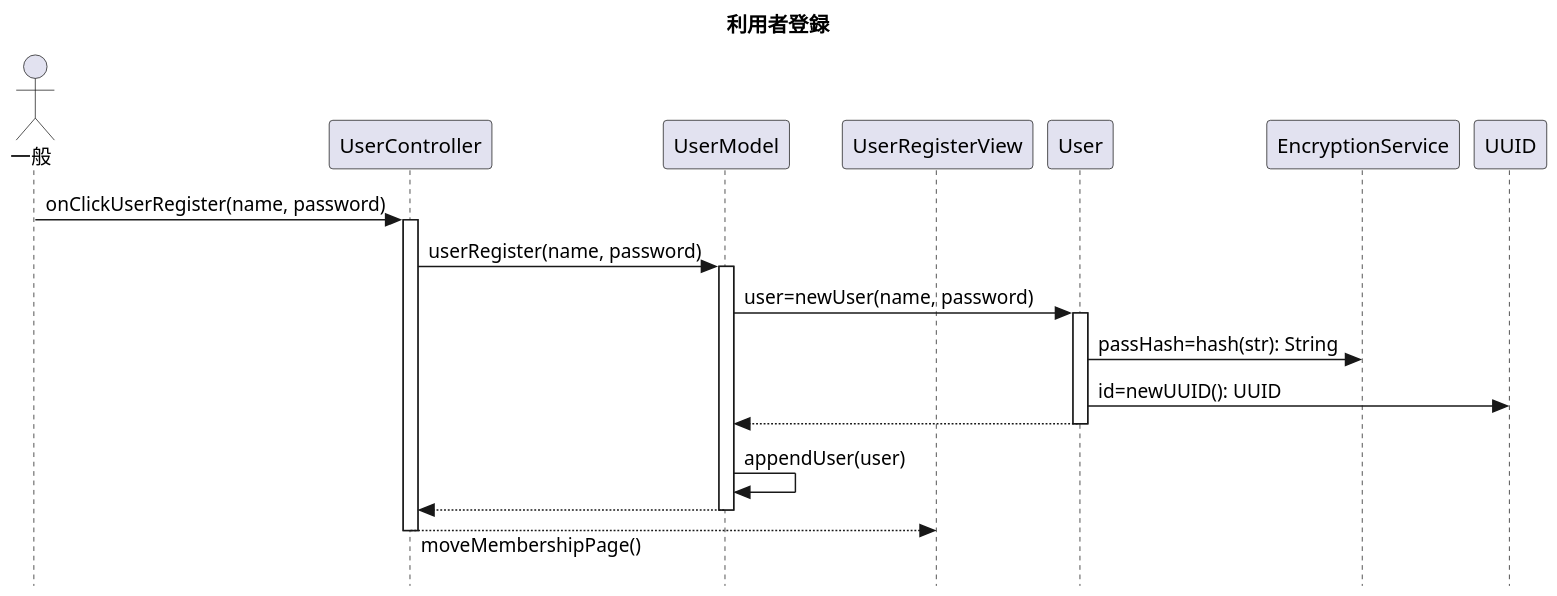
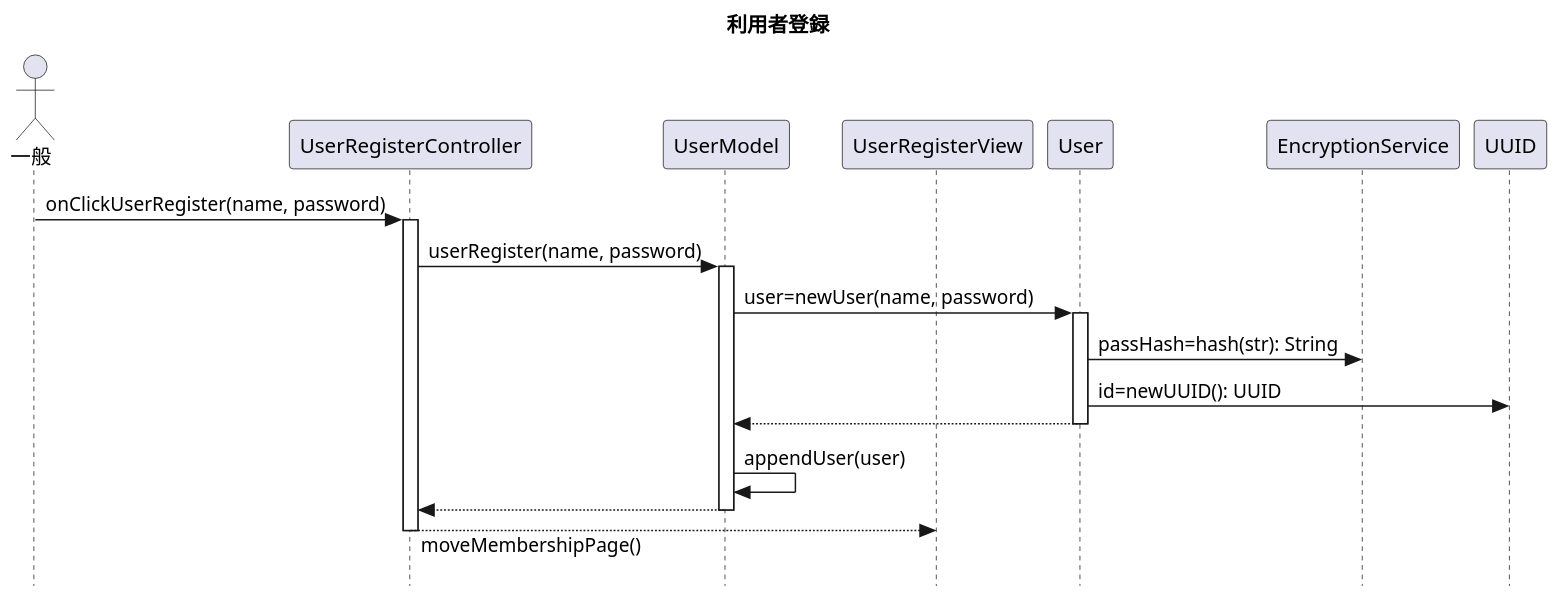
One commit to Romira915/AdvancedSoftwareEngineering3-Task changed the first of 7 diagrams in sequence.pu. Above: the diagram before and after it, drawn with PlantUML. The commit also changed other lines of this file and 1 other file, not shown here.

```diff
--- a/sequence.pu
+++ b/sequence.pu
@@ -1,35 +1,35 @@
 @startuml 利用者登録
 
 title 利用者登録
 skinparam dpi 150
 skinparam responseMessageBelowArrow true
 skinparam style strictuml
 
 actor 一般 as user
-participant UserController
+participant UserRegisterController
 participant UserModel
 participant UserRegisterView
 participant User
 
-user -> UserController : onClickUserRegister(name, password)
+user -> UserRegisterController : onClickUserRegister(name, password)
 
-activate UserController
-UserController -> UserModel : userRegister(name, password)
+activate UserRegisterController
+UserRegisterController -> UserModel : userRegister(name, password)
 
 activate UserModel
 UserModel -> User : user=newUser(name, password)
 
 activate User
 User -> EncryptionService : passHash=hash(str): String
 User -> UUID : id=newUUID(): UUID
 UserModel <-- User
 deactivate User
 
 UserModel -> UserModel : appendUser(user)
-UserController <-- UserModel
+UserRegisterController <-- UserModel
 deactivate UserModel
 
-UserRegisterView <-- UserController : moveMembershipPage()
-deactivate UserController
+UserRegisterView <-- UserRegisterController : moveMembershipPage()
+deactivate UserRegisterController
 
 @enduml
```
